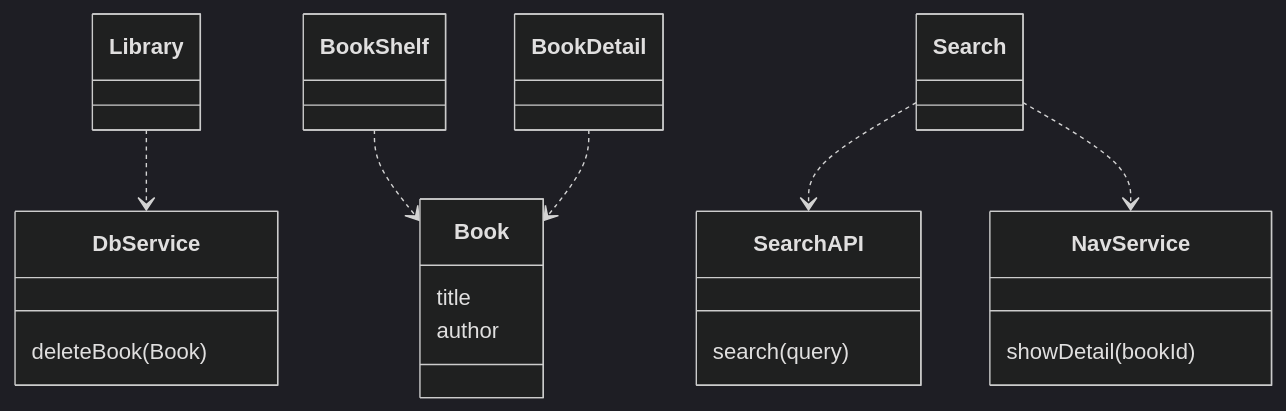
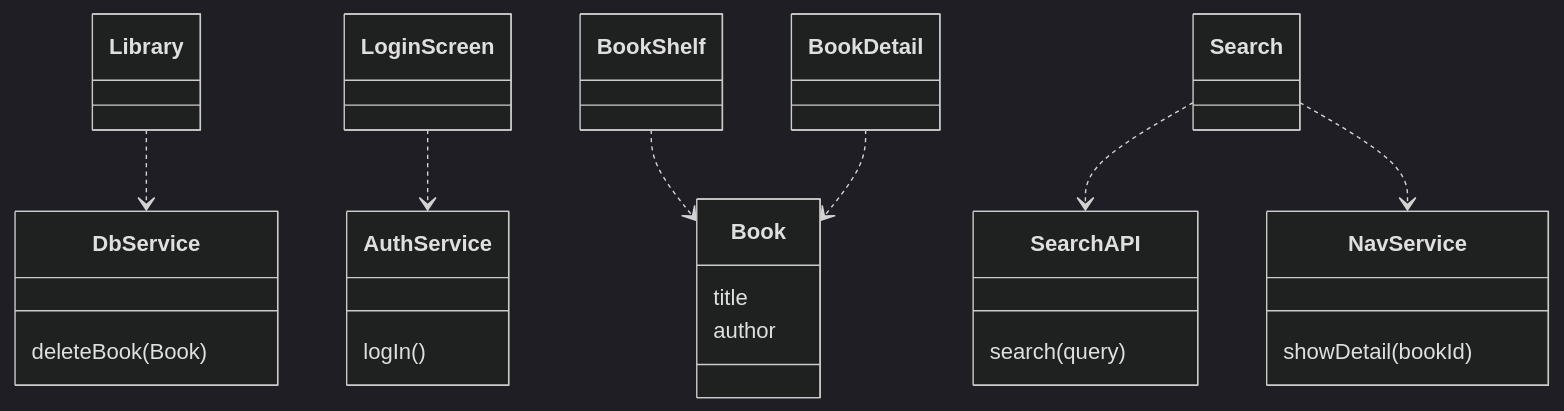
One commit to sisoje/hypermodular changed the third of 3 diagrams in example/APP-MAP.md. Above: the diagram before and after it, drawn with Mermaid (dark theme). The commit also changed other lines of this file and 8 other files, not shown here.

````diff
--- a/example/APP-MAP.md
+++ b/example/APP-MAP.md
@@ -29,23 +30,27 @@
 ```mermaid
 %% Root: App · Coupling
 classDiagram
     class Book {
         title
         author
     }
     class DbService {
         deleteBook(Book)
     }
     class NavService {
         showDetail(bookId)
     }
+    class AuthService {
+        logIn()
+    }
     class SearchAPI {
         search(query)
     }
 
     Library ..> DbService
+    LoginScreen ..> AuthService
     BookShelf ..> Book
     BookDetail ..> Book
     Search ..> SearchAPI
     Search ..> NavService
 ```
````
